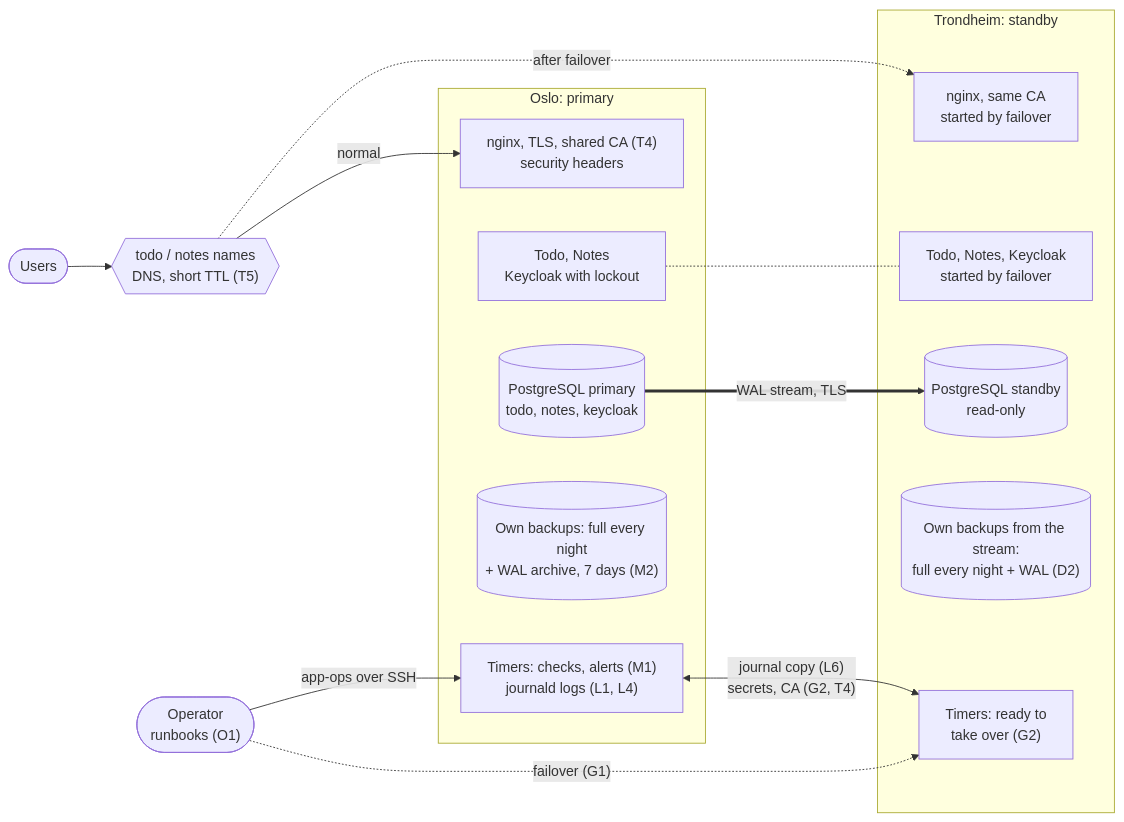
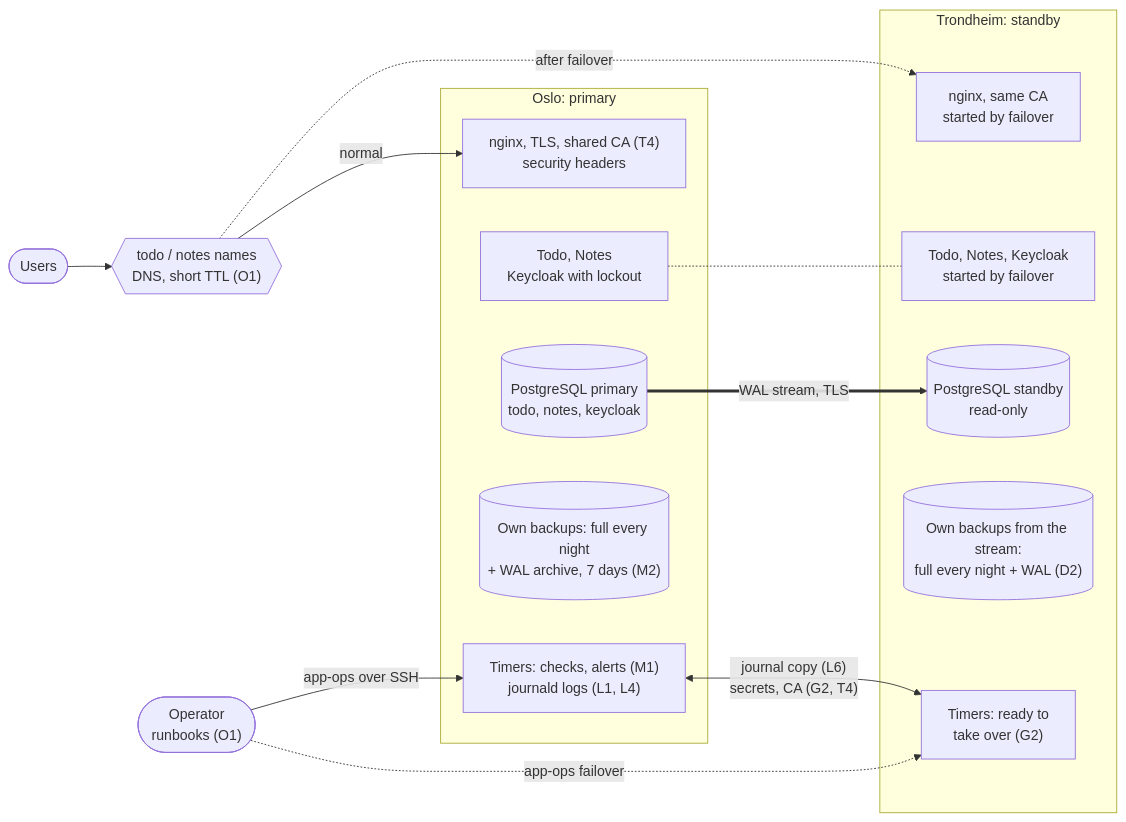
The first of 2 diagrams in docs/TARGET-PICTURE.md (gunstein/podman_test), drawn with Mermaid before and after one commit. The commit also changed other lines of this file and 1 other file, not shown here.

````diff
--- a/docs/TARGET-PICTURE.md
+++ b/docs/TARGET-PICTURE.md
@@ -9,32 +9,32 @@
 ```mermaid
 flowchart LR
-  users(["Users"]) --> dns{{"todo / notes names<br>DNS, short TTL (T5)"}}
+  users(["Users"]) --> dns{{"todo / notes names<br>DNS, short TTL (O1)"}}
   op(["Operator<br>runbooks (O1)"])
 
   subgraph OSLO["Oslo: primary"]
     o_proxy["nginx, TLS, shared CA (T4)<br>security headers"]
     o_apps["Todo, Notes<br>Keycloak with lockout"]
     o_db[("PostgreSQL primary<br>todo, notes, keycloak")]
     o_bk[("Own backups: full every night<br>+ WAL archive, 7 days (M2)")]
     o_time["Timers: checks, alerts (M1)<br>journald logs (L1, L4)"]
   end
 
   subgraph TRD["Trondheim: standby"]
     t_proxy["nginx, same CA<br>started by failover"]
     t_apps["Todo, Notes, Keycloak<br>started by failover"]
     t_db[("PostgreSQL standby<br>read-only")]
     t_bk[("Own backups from the stream:<br>full every night + WAL (D2)")]
     t_time["Timers: ready to<br>take over (G2)"]
   end
 
   dns -->|normal| o_proxy
   dns -.->|after failover| t_proxy
   o_proxy ~~~ t_proxy
   o_apps -.- t_apps
   o_db ==>|"WAL stream, TLS"| t_db
   o_bk ~~~ t_bk
   o_time <-->|"journal copy (L6)<br>secrets, CA (G2, T4)"| t_time
   dns ~~~ o_apps & o_db & o_bk
   op -->|app-ops over SSH| o_time
-  op -.->|"failover (G1)"| t_time
+  op -.->|"app-ops failover"| t_time
 ```
````
